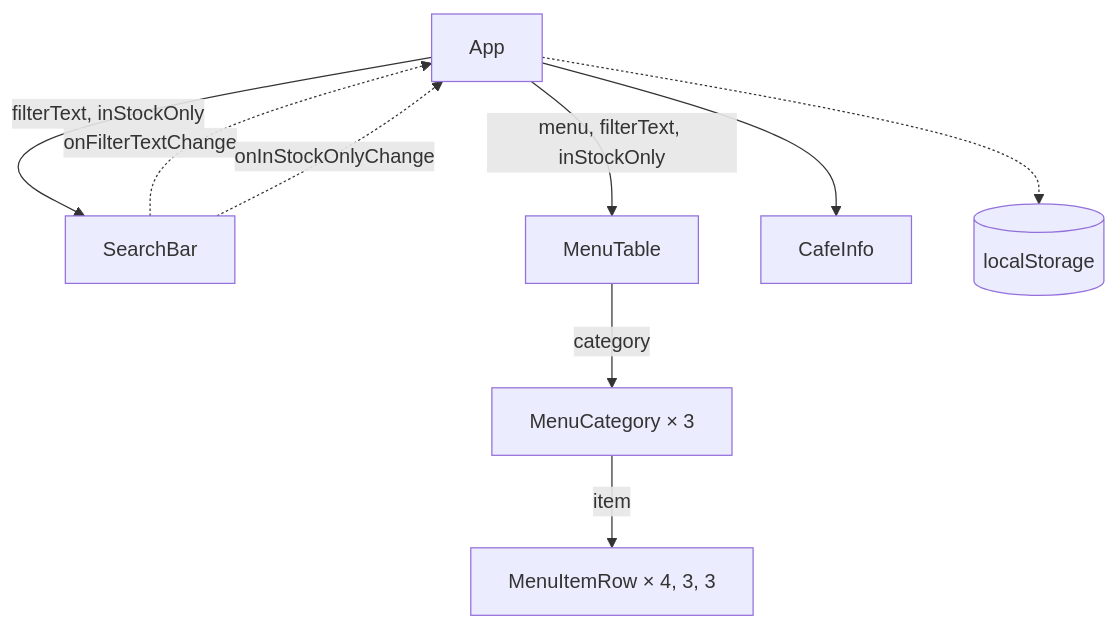
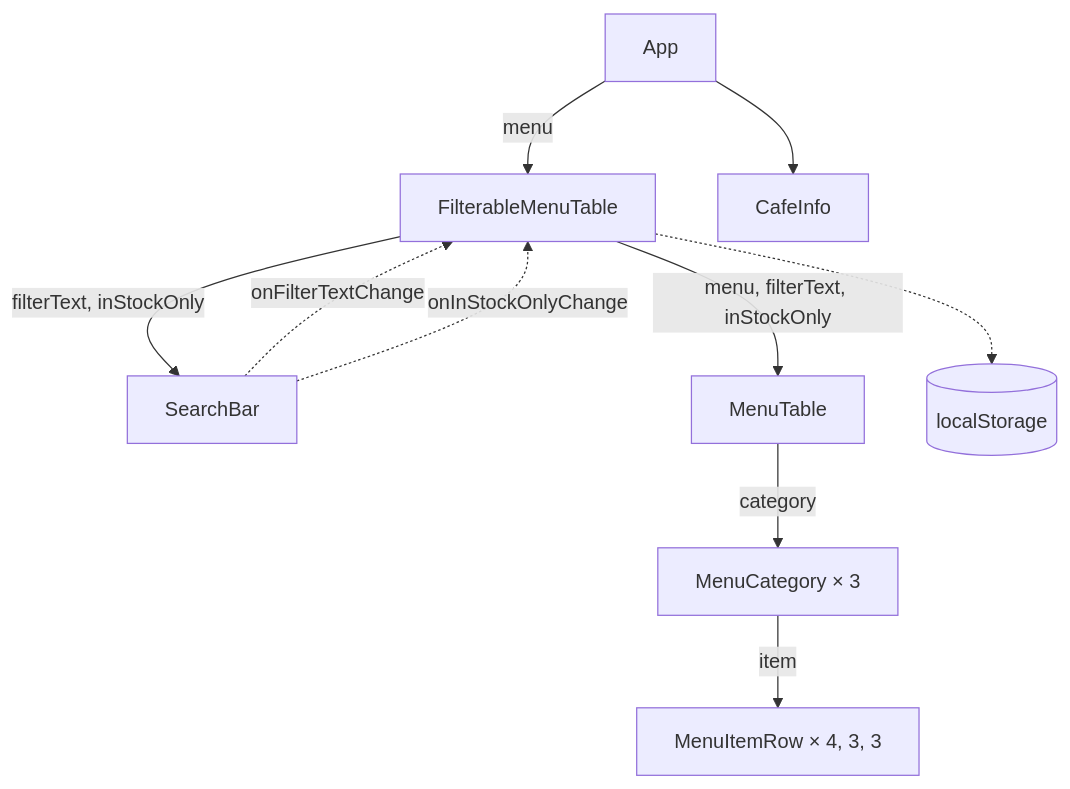
The diagram in lab-4/README.md (bohdanStudy/react-labs), drawn with Mermaid before and after one commit. The commit also changed other lines of this file, not shown here.

Commit message:
docs: compare renders before and after state colocation

````diff
--- a/lab-4/README.md
+++ b/lab-4/README.md
@@ -31,11 +31,12 @@
 ```mermaid
 flowchart TD
-  App -->|"filterText, inStockOnly"| SearchBar
-  App -->|"menu, filterText, inStockOnly"| MenuTable
+  App -->|"menu"| FilterableMenuTable
   App --> CafeInfo
+  FilterableMenuTable -->|"filterText, inStockOnly"| SearchBar
+  FilterableMenuTable -->|"menu, filterText, inStockOnly"| MenuTable
   MenuTable -->|"category"| MenuCategory["MenuCategory × 3"]
   MenuCategory -->|"item"| MenuItemRow["MenuItemRow × 4, 3, 3"]
-  SearchBar -.->|"onFilterTextChange"| App
-  SearchBar -.->|"onInStockOnlyChange"| App
-  App -.-> localStorage[("localStorage")]
+  SearchBar -.->|"onFilterTextChange"| FilterableMenuTable
+  SearchBar -.->|"onInStockOnlyChange"| FilterableMenuTable
+  FilterableMenuTable -.-> localStorage[("localStorage")]
 ```
````
